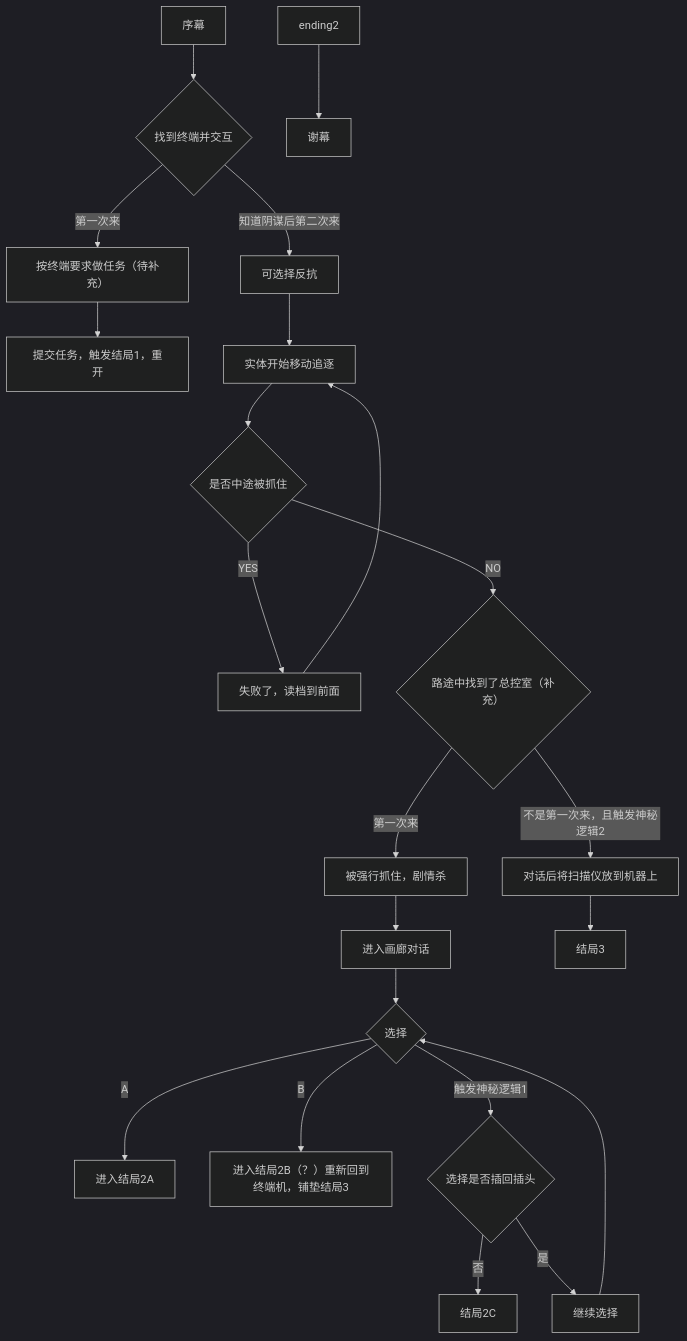
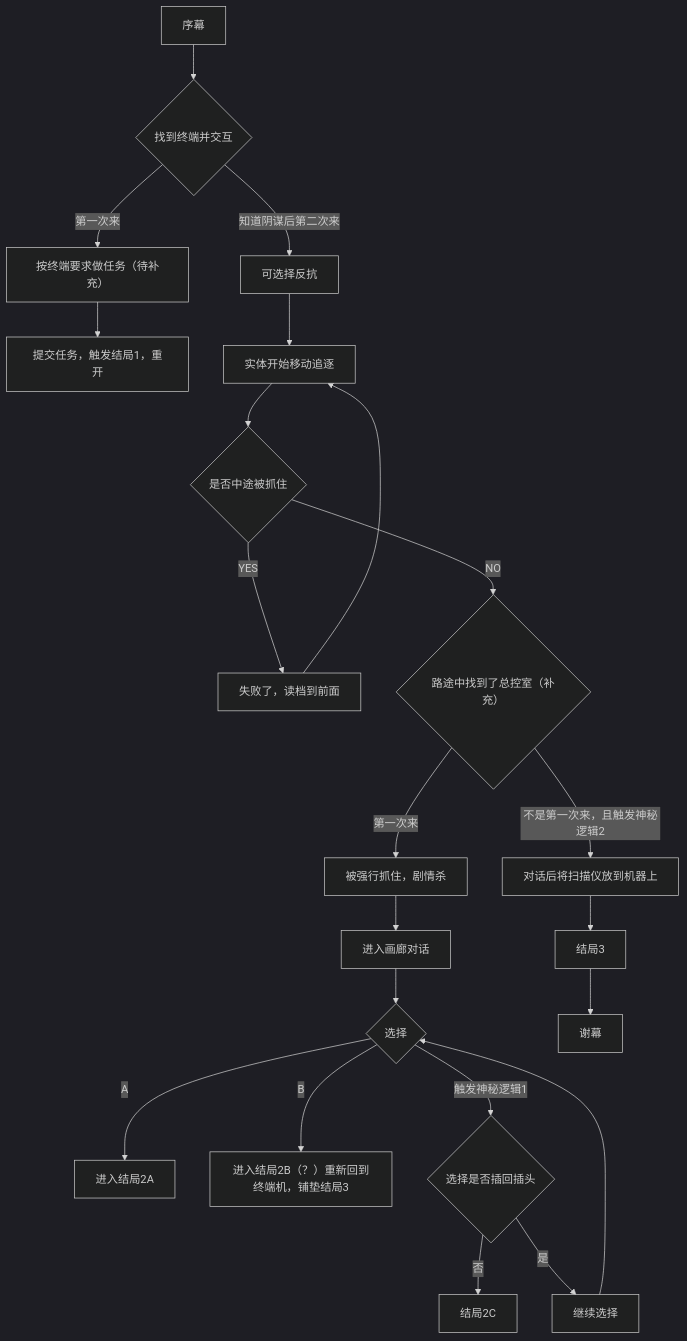
The diagram in checkpoint.md (yht0511/Terminus), drawn with Mermaid (dark theme) before and after one commit.

````diff
--- a/checkpoint.md
+++ b/checkpoint.md
@@ -3,29 +3,29 @@
 ```mermaid
 graph TD
     pre[序幕]-->start{找到终端并交互}
     start -->|第一次来| section1_1[按终端要求做任务（待补充）]
     start -->|知道阴谋后第二次来| section2_1[可选择反抗]
 
     section1_1 --> ending1[提交任务，触发结局1，重开]
     section2_1 --> section2_2[实体开始移动追逐]
     section2_2 --> section2_3{是否中途被抓住}
     section2_3 -->|YES| fail[失败了，读档到前面]
     fail --> section2_2
     section2_3 -->|NO| success{路途中找到了总控室（补充）}
 
     success --> |第一次来| section3_1[被强行抓住，剧情杀]
     success --> |不是第一次来，且触发神秘逻辑2| section4[对话后将扫描仪放到机器上]
     
     section3_1 --> section3_1_1[进入画廊对话]
     section3_1_1 --> section3_2{选择}
     section3_2 --> |A| ending2A[进入结局2A]
     section3_2 --> |B| restart[进入结局2B（？）重新回到终端机，铺垫结局3]
     section3_2 --> |触发神秘逻辑1| section3_2_1{选择是否插回插头}
     section3_2_1 --> |否| ending2C[结局2C]
     section3_2_1 --> |是| continue[继续选择]
     continue --> section3_2
 
     section4 --> ending3[结局3]
-    ending2 --> final[谢幕]
+    ending3 --> final[谢幕]
 
 ```
````
